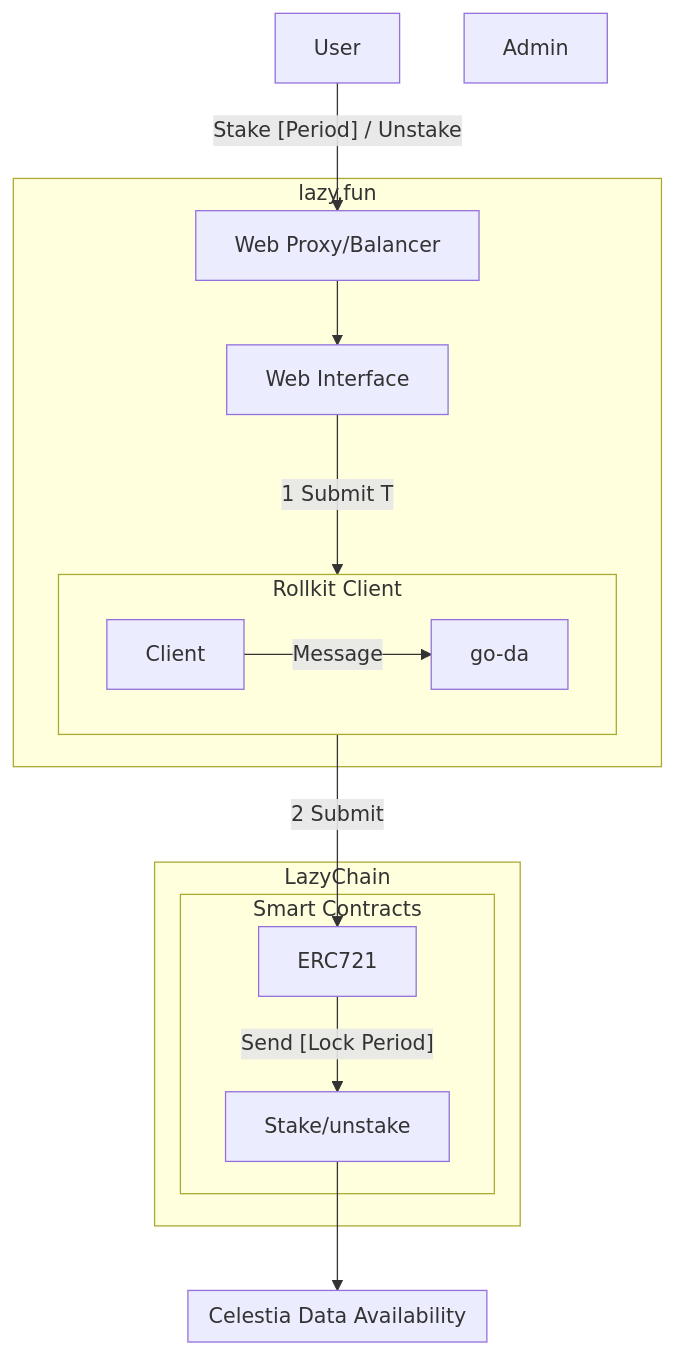
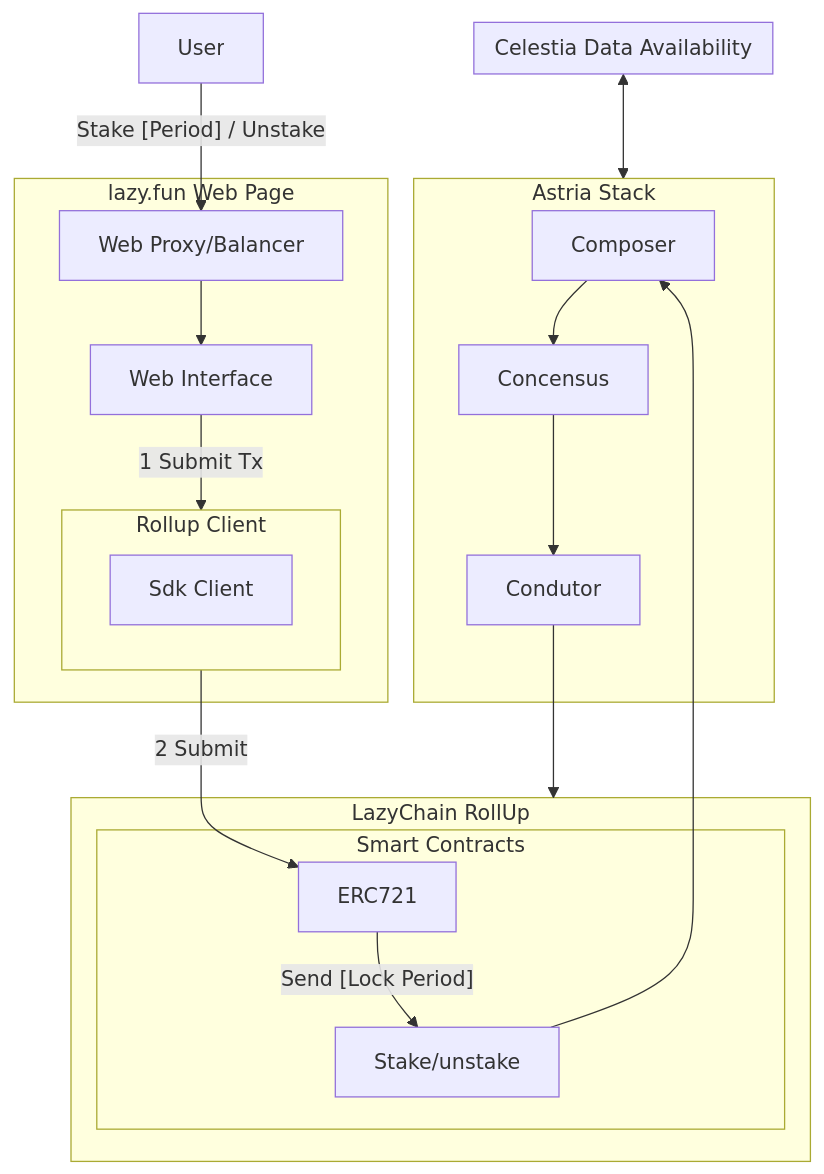
One commit to Lazychain/docs changed the fourth of 5 diagrams in learn/adr/0013-astria.md. Above: the diagram before and after it, drawn with Mermaid. The commit also changed other lines of this file, not shown here.

Commit message:
fix: Update astria doc

````diff
--- a/learn/adr/0013-astria.md
+++ b/learn/adr/0013-astria.md
@@ -198,35 +198,40 @@
 ```mermaid
 flowchart TB
     User["User"]
-    Admin["Admin"]
 
-    subgraph Frontend["lazy.fun"]
-        subgraph RKC["Rollkit Client"]
-            RKC_A["Client"] 
-            RKC_B["go-da"] 
-
-            RKC_A-- "Message" -->RKC_B
+    subgraph Frontend["lazy.fun Web Page"]
+        subgraph RKC["Rollup Client"]
+            RKC_A["Sdk Client"] 
         end
         Proxy["Web Proxy/Balancer"]
         UI["Web Interface"]
 
         Proxy --> UI
         
     end
 
-    subgraph RK["LazyChain"]
+    subgraph RK["LazyChain RollUp"]
         subgraph RK_SC["Smart Contracts"]
             RK_SC_721["ERC721"]
             RK_SC_721_STAKE["Stake/unstake"]
         end
     end
 
     subgraph Celestia["Celestia Data Availability"]
     end
 
+    subgraph Astria["Astria Stack"]
+        Composer --> Concensus
+        Concensus --> Condutor
+
+
+    end
+
     User -- Stake [Period] / Unstake --> Proxy
-    UI --1 Submit Tx--> RKC
+    UI --1 Submit Tx --> RKC
     RKC -- 2 Submit --> RK_SC_721
     RK_SC_721 -- Send [Lock Period] --> RK_SC_721_STAKE
-    RK_SC_721_STAKE --> Celestia
+    RK_SC_721_STAKE --> Composer 
+    Celestia <--> Astria
+    Condutor --> RK
 ```
````
